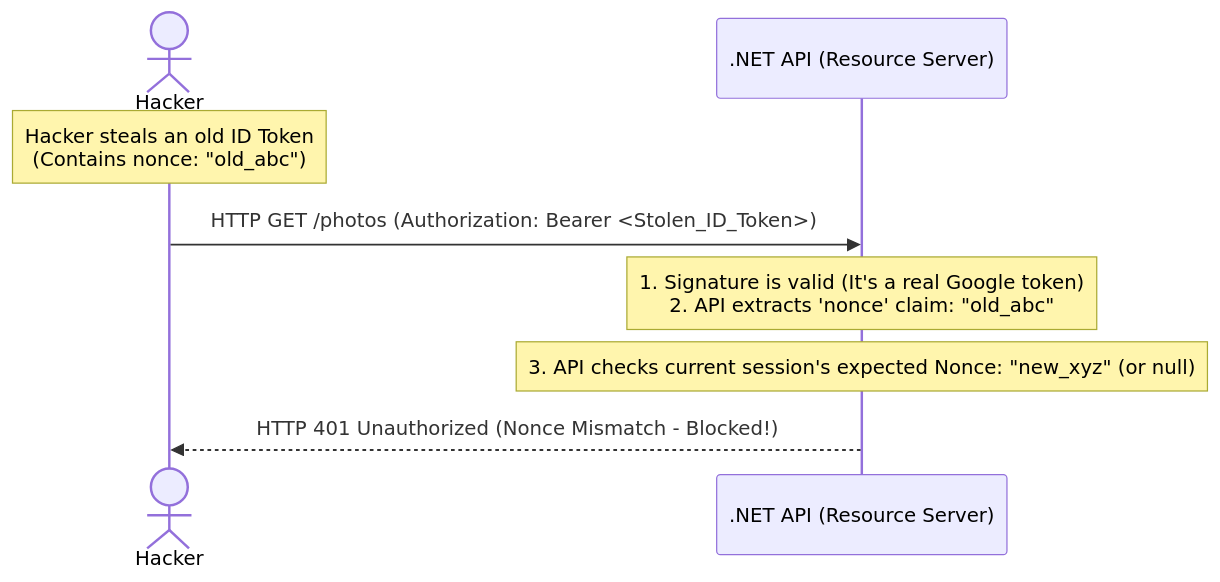
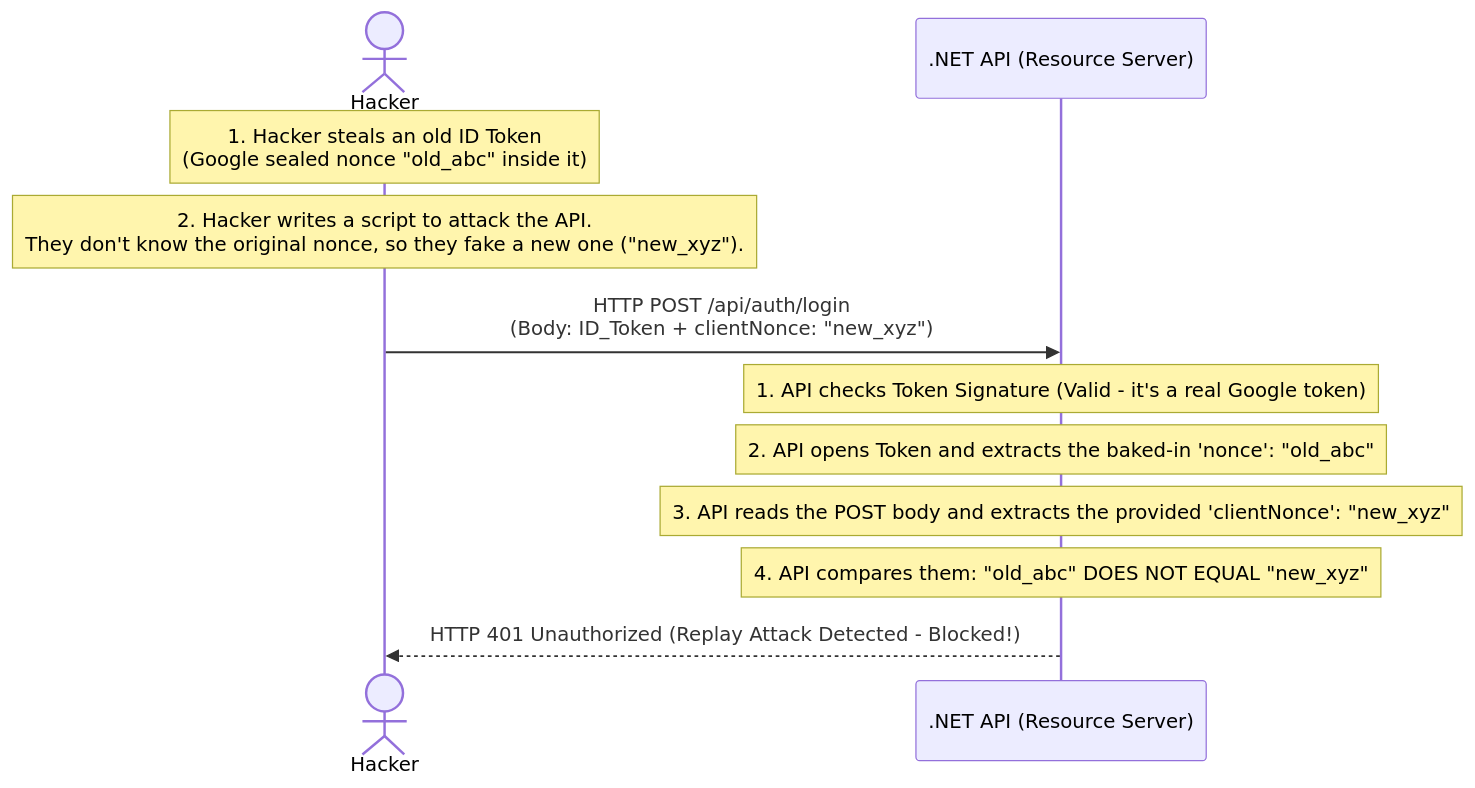
The fourth of 4 diagrams in 02_AuthN_Federation/06_OIDC_Intro.md (nirajp82/IdentityAccessManagement_IAM), drawn with Mermaid before and after one commit. The commit also changed other lines of this file, not shown here.

````diff
--- a/02_AuthN_Federation/06_OIDC_Intro.md
+++ b/02_AuthN_Federation/06_OIDC_Intro.md
@@ -340,15 +340,19 @@
 ```mermaid
 sequenceDiagram
     actor Hacker
     participant API as .NET API (Resource Server)
 
-    Note over Hacker: Hacker steals an old ID Token<br/>(Contains nonce: "old_abc")
+    Note over Hacker: 1. Hacker steals an old ID Token<br/>(Google sealed nonce "old_abc" inside it)
+    Note over Hacker: 2. Hacker writes a script to attack the API.<br/>They don't know the original nonce, so they fake a new one ("new_xyz").
     
-    Hacker->>API: HTTP GET /photos (Authorization: Bearer <Stolen_ID_Token>)
+    Hacker->>API: HTTP POST /api/auth/login <br/>(Body: ID_Token + clientNonce: "new_xyz")
     
-    Note over API: 1. Signature is valid (It's a real Google token)<br/>2. API extracts 'nonce' claim: "old_abc"
-    Note over API: 3. API checks current session's expected Nonce: "new_xyz" (or null)
+    Note over API: 1. API checks Token Signature (Valid - it's a real Google token)
+    Note over API: 2. API opens Token and extracts the baked-in 'nonce': "old_abc"
+    Note over API: 3. API reads the POST body and extracts the provided 'clientNonce': "new_xyz"
     
-    API-->>Hacker: HTTP 401 Unauthorized (Nonce Mismatch - Blocked!)
+    Note over API: 4. API compares them: "old_abc" DOES NOT EQUAL "new_xyz"
+    
+    API-->>Hacker: HTTP 401 Unauthorized (Replay Attack Detected - Blocked!)
 
 ```
````
